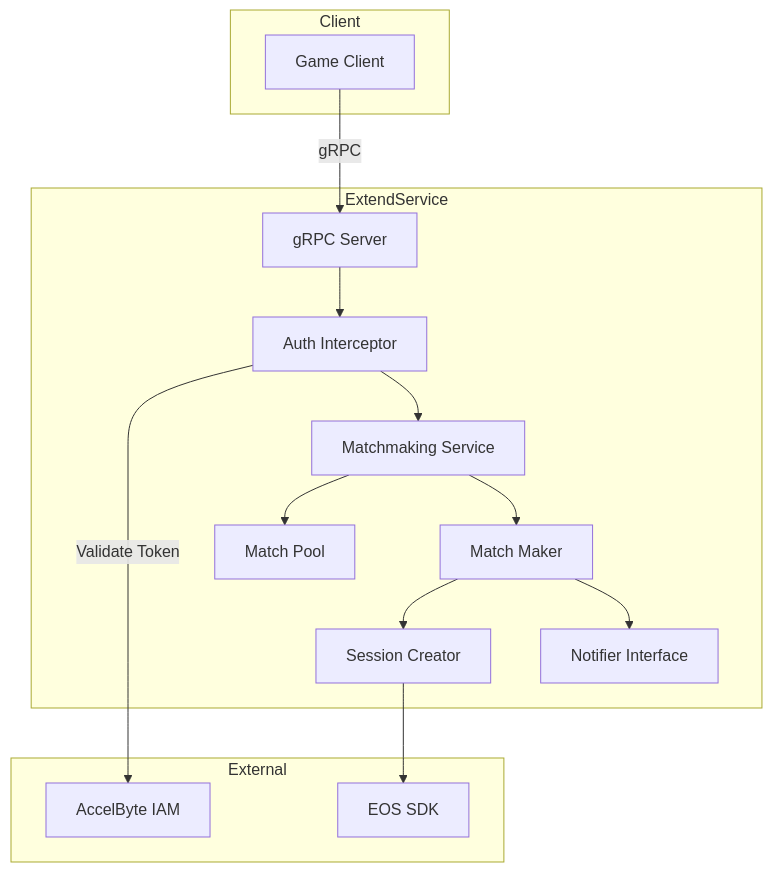
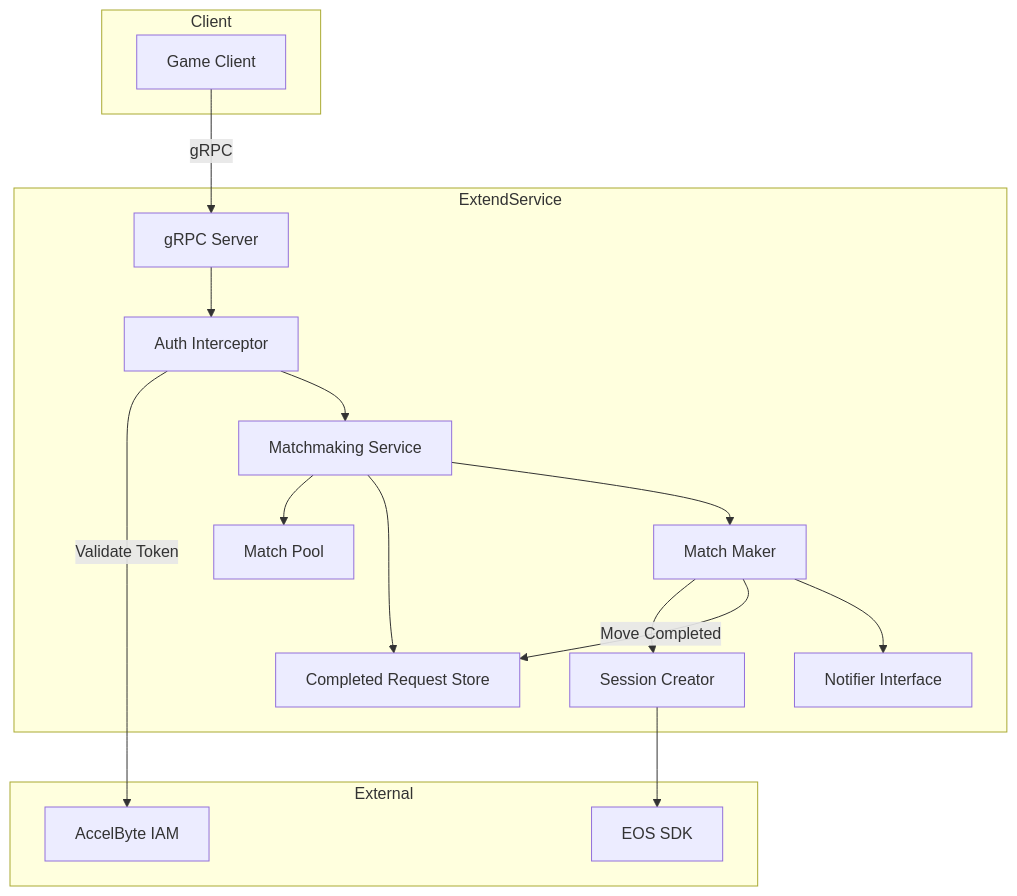
The diagram in .kiro/specs/simple-matchmaking/design.md (bjornbyte/extend-eos-matchmaker-csharp), drawn with Mermaid before and after one commit. The commit also changed other lines of this file and 2 other files, not shown here.

First line of the commit message:
feat(matchmaking): add completed request store with retention period

````diff
--- a/.kiro/specs/simple-matchmaking/design.md
+++ b/.kiro/specs/simple-matchmaking/design.md
@@ -13,31 +13,34 @@
 ```mermaid
 flowchart TB
     subgraph Client
         C[Game Client]
     end
     
     subgraph ExtendService
         GW[gRPC Server]
         AUTH[Auth Interceptor]
         MS[Matchmaking Service]
         MP[Match Pool]
+        CRS[Completed Request Store]
         MM[Match Maker]
         SC[Session Creator]
         NOT[Notifier Interface]
     end
     
     subgraph External
         AB[AccelByte IAM]
         EOS[EOS SDK]
     end
     
     C -->|gRPC| GW
     GW --> AUTH
     AUTH -->|Validate Token| AB
     AUTH --> MS
     MS --> MP
+    MS --> CRS
     MS --> MM
     MM --> SC
+    MM -->|Move Completed| CRS
     SC --> EOS
     MM --> NOT
 ```
````
